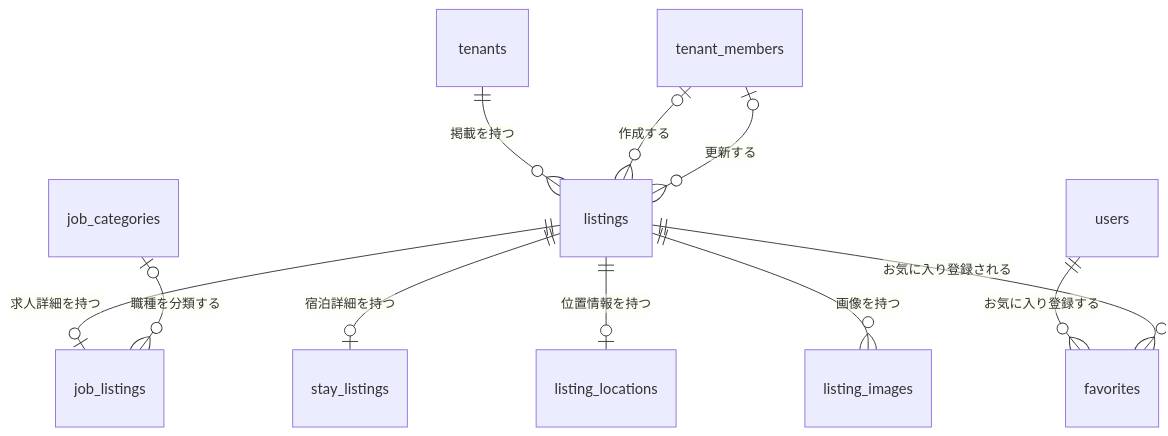
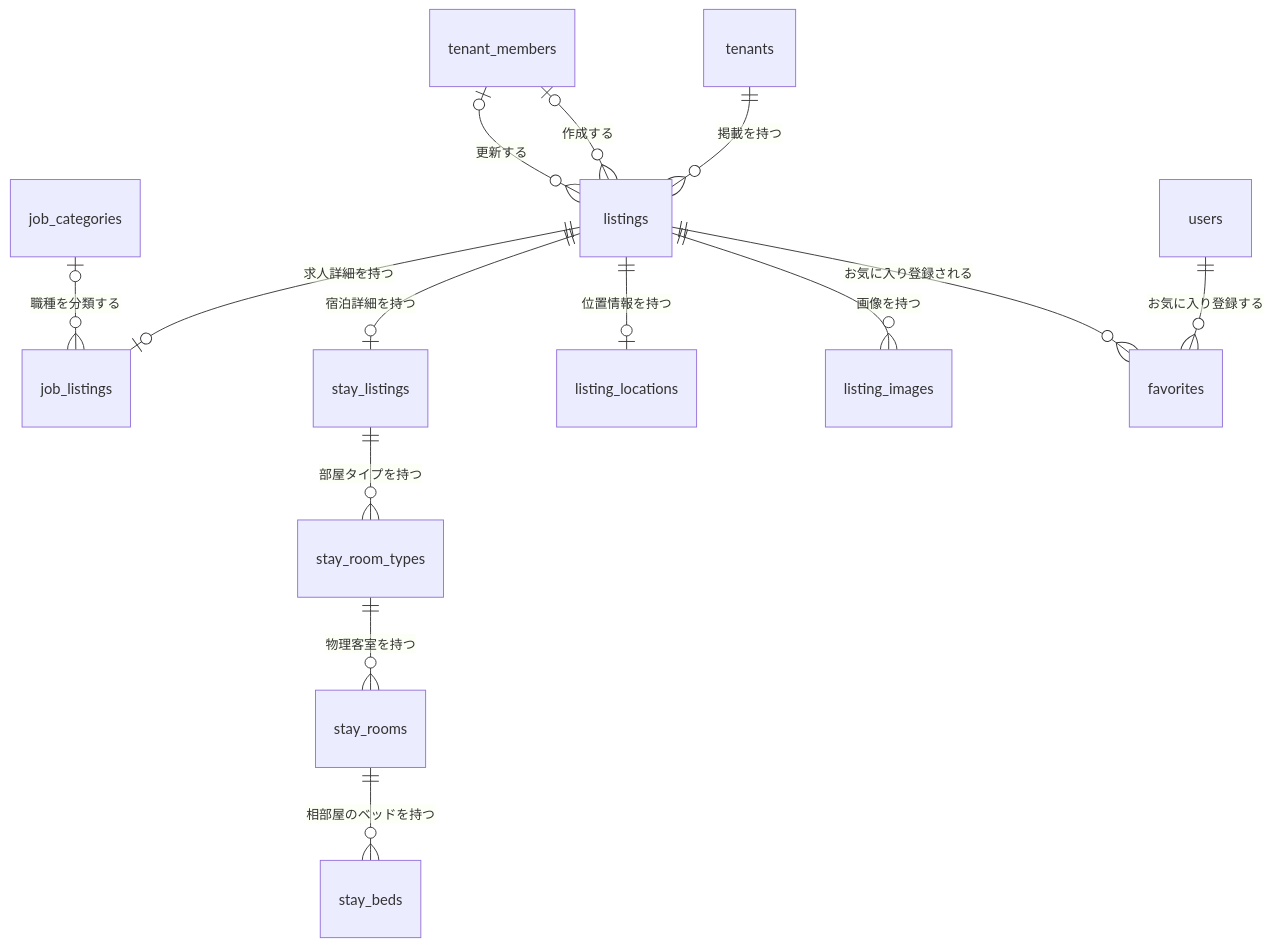
Before and after one commit to t0kio2/community-hub: the first of 8 diagrams in docs/er/01-listing.md, drawn with Mermaid. The commit also changed other lines of this file and 1 other file, not shown here.

Commit message:
RoomTypeと物理Room

````diff
--- a/docs/er/01-listing.md
+++ b/docs/er/01-listing.md
@@ -9,13 +9,16 @@
 ```mermaid
 erDiagram
     tenants ||--o{ listings : "掲載を持つ"
     tenant_members o|--o{ listings : "作成する"
     tenant_members o|--o{ listings : "更新する"
     listings ||--o| job_listings : "求人詳細を持つ"
     listings ||--o| stay_listings : "宿泊詳細を持つ"
+    stay_listings ||--o{ stay_room_types : "部屋タイプを持つ"
+    stay_room_types ||--o{ stay_rooms : "物理客室を持つ"
+    stay_rooms ||--o{ stay_beds : "相部屋のベッドを持つ"
     job_categories o|--o{ job_listings : "職種を分類する"
     listings ||--o| listing_locations : "位置情報を持つ"
     listings ||--o{ listing_images : "画像を持つ"
     users ||--o{ favorites : "お気に入り登録する"
     listings ||--o{ favorites : "お気に入り登録される"
 ```
````
